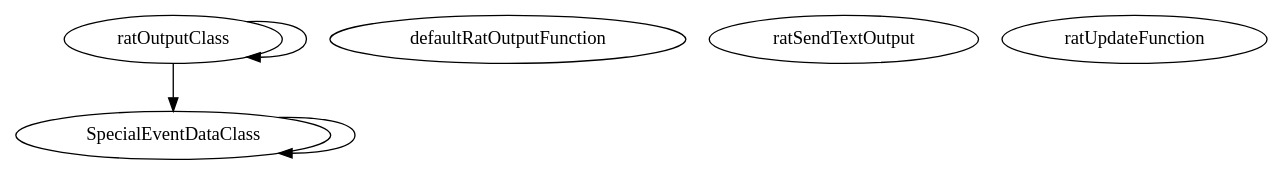
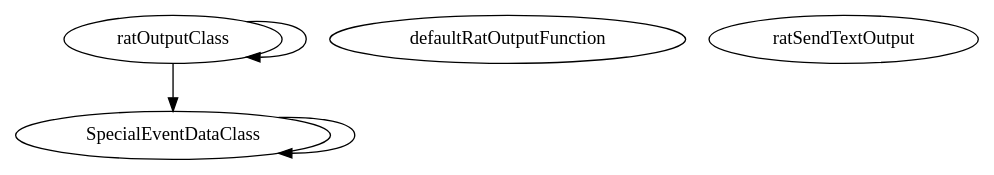
The diagram in master/api_reference/API/outputFcn/graph.dot (RascalSoftware/RAT), drawn with Graphviz before and after one commit. The commit also changed 168 other files, not shown here.

```diff
--- a/master/api_reference/API/outputFcn/graph.dot
+++ b/master/api_reference/API/outputFcn/graph.dot
@@ -1,12 +1,11 @@
 /* Created by mdot for Matlab */
 digraph m2html {
   SpecialEventDataClass -> SpecialEventDataClass;
   ratOutputClass -> SpecialEventDataClass;
   ratOutputClass -> ratOutputClass;
 
   SpecialEventDataClass [URL="SpecialEventDataClass.html"];
   defaultRatOutputFunction [URL="defaultRatOutputFunction.html"];
   ratOutputClass [URL="ratOutputClass.html"];
   ratSendTextOutput [URL="ratSendTextOutput.html"];
-  ratUpdateFunction [URL="ratUpdateFunction.html"];
 }
```
